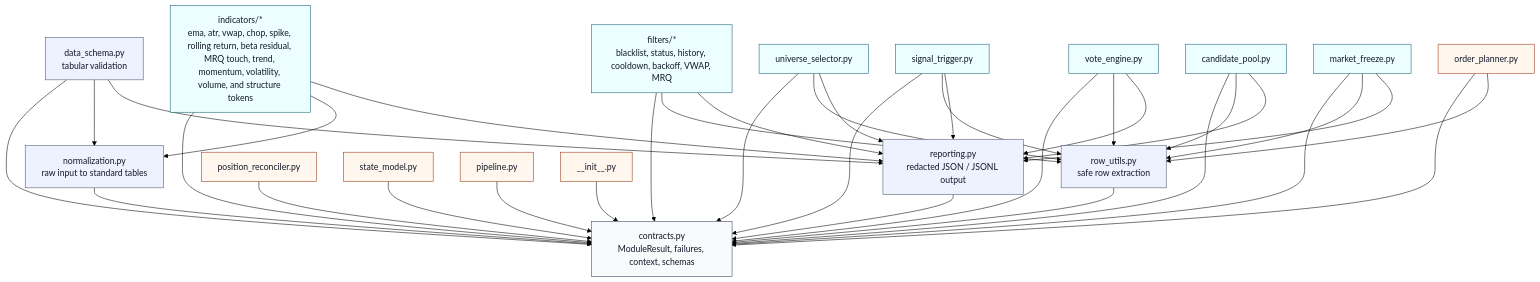
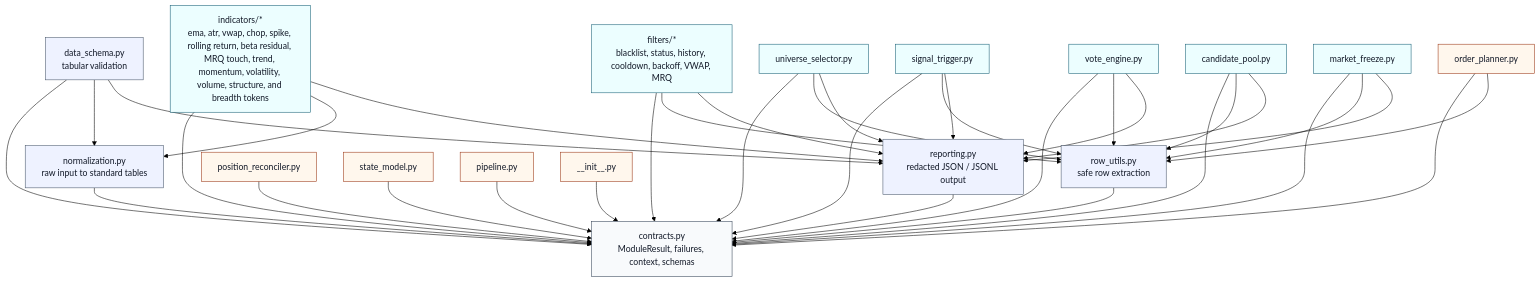
The second of 2 diagrams in README.md (waswrsis/quant-strategy-tokenizer), drawn with Mermaid (forest theme) before and after one commit. The commit also changed other lines of this file and 41 other files, not shown here.

Commit message:
Add breadth indicator tokens

````diff
--- a/README.md
+++ b/README.md
@@ -152,77 +153,77 @@
 ```mermaid
 flowchart TD
     Contracts["contracts.py<br/>ModuleResult, failures, context, schemas"]
 
     Normalization["normalization.py<br/>raw input to standard tables"]
     RowUtils["row_utils.py<br/>safe row extraction"]
     Reporting["reporting.py<br/>redacted JSON / JSONL output"]
     DataSchema["data_schema.py<br/>tabular validation"]
 
-    Indicators["indicators/*<br/>ema, atr, vwap, chop, spike, rolling return, beta residual, MRQ touch, trend, momentum, volatility, volume, and structure tokens"]
+    Indicators["indicators/*<br/>ema, atr, vwap, chop, spike, rolling return, beta residual, MRQ touch, trend, momentum, volatility, volume, structure, and breadth tokens"]
     Filters["filters/*<br/>blacklist, status, history, cooldown, backoff, VWAP, MRQ"]
 
     Universe["universe_selector.py"]
     Signals["signal_trigger.py"]
     Votes["vote_engine.py"]
     Candidates["candidate_pool.py"]
     Freeze["market_freeze.py"]
 
     Orders["order_planner.py"]
     Positions["position_reconciler.py"]
     State["state_model.py"]
     Pipeline["pipeline.py"]
     PublicAPI["__init__.py"]
 
     PublicAPI --> Contracts
 
     Normalization --> Contracts
     RowUtils --> Contracts
     Reporting --> Contracts
     DataSchema --> Contracts
     DataSchema --> Normalization
     DataSchema --> Reporting
 
     Indicators --> Contracts
     Indicators --> Normalization
     Indicators --> Reporting
 
     Filters --> Contracts
     Filters --> RowUtils
     Filters --> Reporting
 
     Universe --> Contracts
     Universe --> RowUtils
     Universe --> Reporting
 
     Signals --> Contracts
     Signals --> RowUtils
     Signals --> Reporting
 
     Votes --> Contracts
     Votes --> RowUtils
     Votes --> Reporting
 
     Candidates --> Contracts
     Candidates --> RowUtils
     Candidates --> Reporting
 
     Freeze --> Contracts
     Freeze --> RowUtils
     Freeze --> Reporting
 
     Orders --> Contracts
     Orders --> RowUtils
     Positions --> Contracts
     State --> Contracts
     Pipeline --> Contracts
 
     classDef core fill:#f8fafc,stroke:#334155,color:#111827;
     classDef helper fill:#eef2ff,stroke:#475569,color:#111827;
     classDef module fill:#ecfeff,stroke:#155e75,color:#111827;
     classDef plan fill:#fff7ed,stroke:#9a3412,color:#111827;
 
     class Contracts core;
     class Normalization,RowUtils,Reporting,DataSchema helper;
     class Indicators,Filters,Universe,Signals,Votes,Candidates,Freeze module;
     class Orders,Positions,State,Pipeline,PublicAPI plan;
 ```
````
